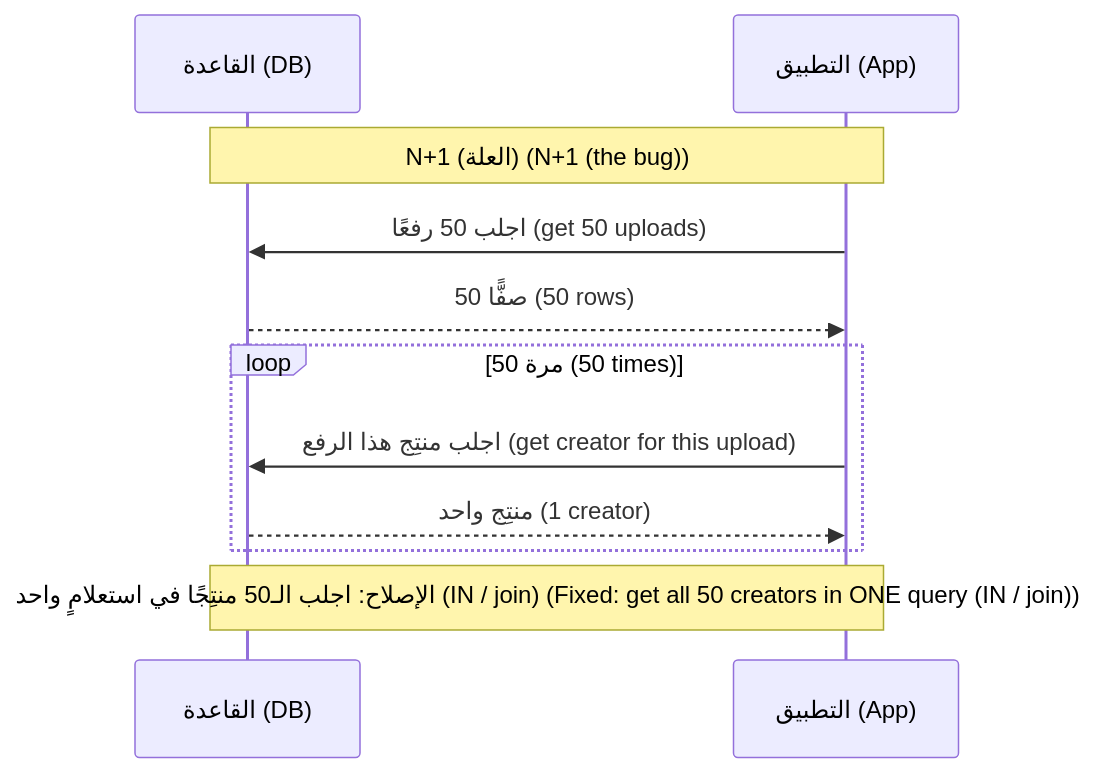
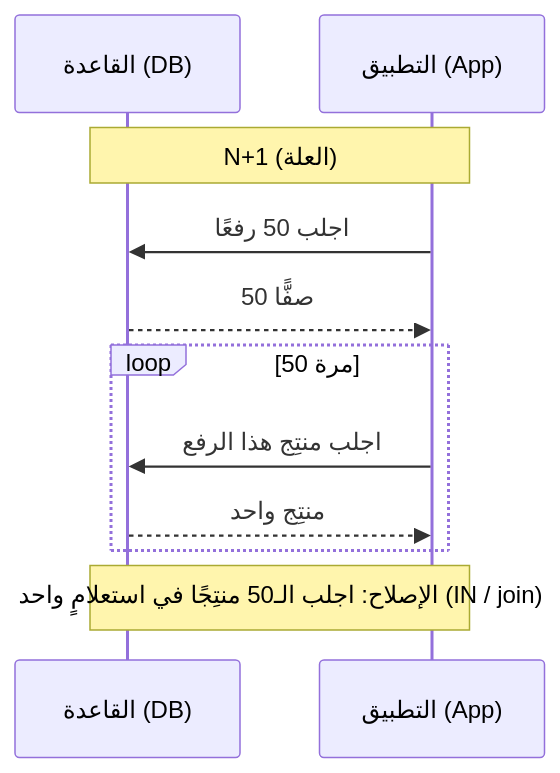
One commit to Tamoura/system-design-for-vibe-coders changed the eighth of 10 diagrams in modules/02-data-storage-backups/module.ar.md. Above: the diagram before and after it, drawn with Mermaid. The commit also changed other lines of this file and 551 other files, not shown here.

````diff
--- a/modules/02-data-storage-backups/module.ar.md
+++ b/modules/02-data-storage-backups/module.ar.md
@@ -684,13 +684,13 @@
 ```mermaid
 sequenceDiagram
     participant DB as القاعدة (DB)
     participant App as التطبيق (App)
-    Note over App,DB: N+1 (العلة) (N+1 (the bug))
-    App->>DB: اجلب 50 رفعًا (get 50 uploads)
-    DB-->>App: 50 صفًّا (50 rows)
-    loop 50 مرة (50 times)
-        App->>DB: اجلب منتِج هذا الرفع (get creator for this upload)
-        DB-->>App: منتِج واحد (1 creator)
+    Note over App,DB: N+1 (العلة)
+    App->>DB: اجلب 50 رفعًا
+    DB-->>App: 50 صفًّا
+    loop 50 مرة
+        App->>DB: اجلب منتِج هذا الرفع
+        DB-->>App: منتِج واحد
     end
-    Note over App,DB: الإصلاح: اجلب الـ50 منتِجًا في استعلامٍ واحد (IN / join) (Fixed: get all 50 creators in ONE query (IN / join))
+    Note over App,DB: الإصلاح: اجلب الـ50 منتِجًا في استعلامٍ واحد (IN / join)
 ```
````
